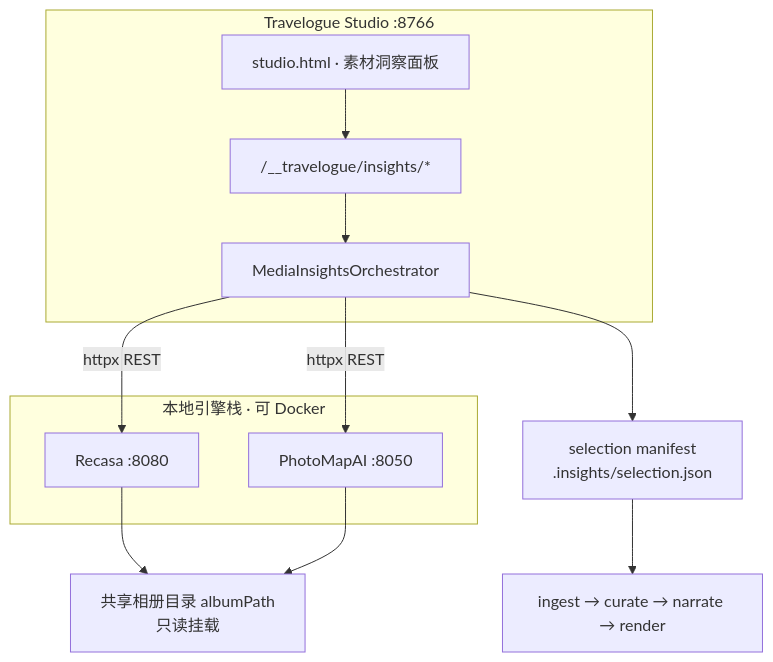
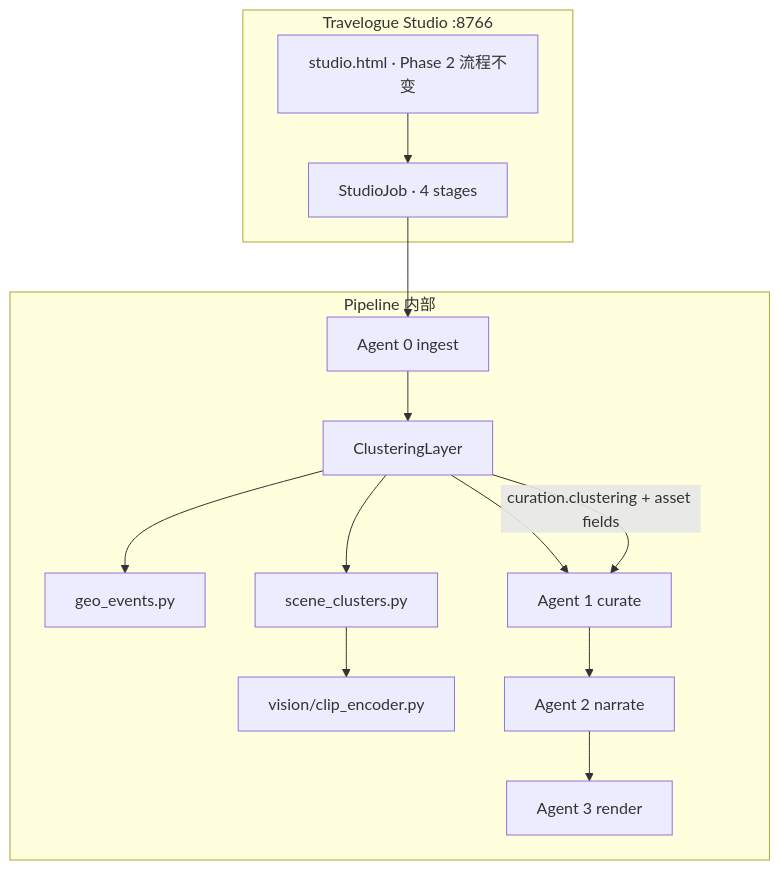
Before and after one commit to warclover/travelogue: the first of 3 diagrams in docs/PRD-PHASE3.md, drawn with Mermaid. The commit also changed other lines of this file and 26 other files, not shown here.

````diff
--- a/docs/PRD-PHASE3.md
+++ b/docs/PRD-PHASE3.md
@@ -150,23 +157,26 @@
 ```mermaid
 flowchart TB
   subgraph studio [Travelogue Studio :8766]
-    UI[studio.html · 素材洞察面板]
-    ORCH[MediaInsightsOrchestrator]
-    API["/__travelogue/insights/*"]
+    UI[studio.html · Phase 2 流程不变]
+    JOB[StudioJob · 4 stages]
   end
 
-  subgraph engines [本地引擎栈 · 可 Docker]
-    R[Recasa :8080]
-    P[PhotoMapAI :8050]
+  subgraph pipeline [Pipeline 内部]
+    ING[Agent 0 ingest]
+    CLU[ClusteringLayer]
+    GEO[geo_events.py]
+    SCE[scene_clusters.py]
+    VIS[vision/clip_encoder.py]
+    CUR[Agent 1 curate]
+    NAR[Agent 2 narrate]
+    REN[Agent 3 render]
   end
 
-  FS["共享相册目录 albumPath\n只读挂载"]
-
-  UI --> API --> ORCH
-  ORCH -->|httpx REST| R
-  ORCH -->|httpx REST| P
-  R --> FS
-  P --> FS
-  ORCH --> SEL["selection manifest\n.insights/selection.json"]
-  SEL --> PIPE[ingest → curate → narrate → render]
+  UI --> JOB --> ING
+  ING --> CLU
+  CLU --> GEO
+  CLU --> SCE
+  SCE --> VIS
+  CLU --> CUR --> NAR --> REN
+  CLU -->|curation.clustering + asset fields| CUR
 ```
````
